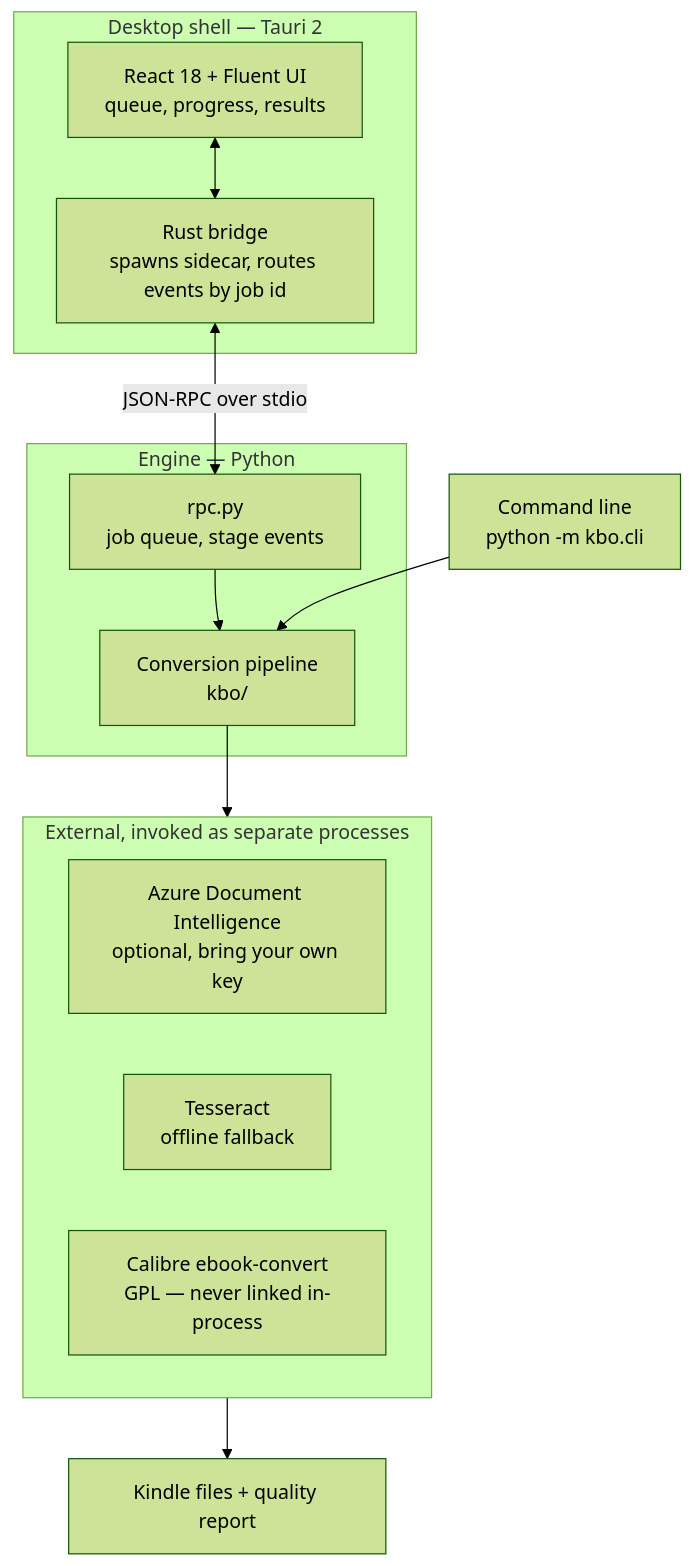
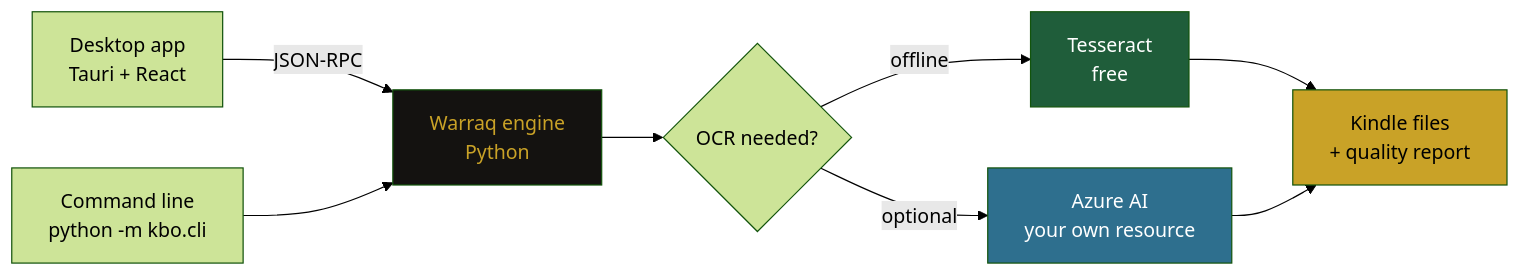
Before and after one commit to Alaaldin97/warraq: the first of 2 diagrams in README.md, drawn with Mermaid (forest theme). The commit also changed other lines of this file and 7 other files, not shown here.

````diff
--- a/README.md
+++ b/README.md
@@ -48,29 +55,17 @@
 ```mermaid
-flowchart TB
-    subgraph shell["Desktop shell — Tauri 2"]
-        ui["React 18 + Fluent UI<br/>queue, progress, results"]
-        rust["Rust bridge<br/>spawns sidecar, routes events by job id"]
-        ui <--> rust
-    end
+flowchart LR
+    ui["Desktop app<br/>Tauri + React"] -->|JSON-RPC| eng
+    cli["Command line<br/>python -m kbo.cli"] --> eng
 
-    cli["Command line<br/>python -m kbo.cli"]
+    eng["Warraq engine<br/>Python"] --> ocr{"OCR needed?"}
+    ocr -->|offline| tess["Tesseract<br/>free"]
+    ocr -->|optional| az["Azure AI<br/>your own resource"]
 
-    subgraph engine["Engine — Python"]
-        rpc["rpc.py<br/>job queue, stage events"]
-        pipe["Conversion pipeline<br/>kbo/"]
-        rpc --> pipe
-    end
+    tess --> out["Kindle files<br/>+ quality report"]
+    az --> out
 
-    subgraph ext["External, invoked as separate processes"]
-        az["Azure Document Intelligence<br/>optional, bring your own key"]
-        tess["Tesseract<br/>offline fallback"]
-        cal["Calibre ebook-convert<br/>GPL — never linked in-process"]
-    end
-
-    out["Kindle files + quality report"]
-
-    rust <-->|"JSON-RPC over stdio"| rpc
-    cli --> pipe
-    pipe --> ext
-    ext --> out
+    style eng fill:#141210,color:#C9A227
+    style tess fill:#1F5D3A,color:#fff
+    style az fill:#2E6F8E,color:#fff
+    style out fill:#C9A227,color:#000
 ```
````
